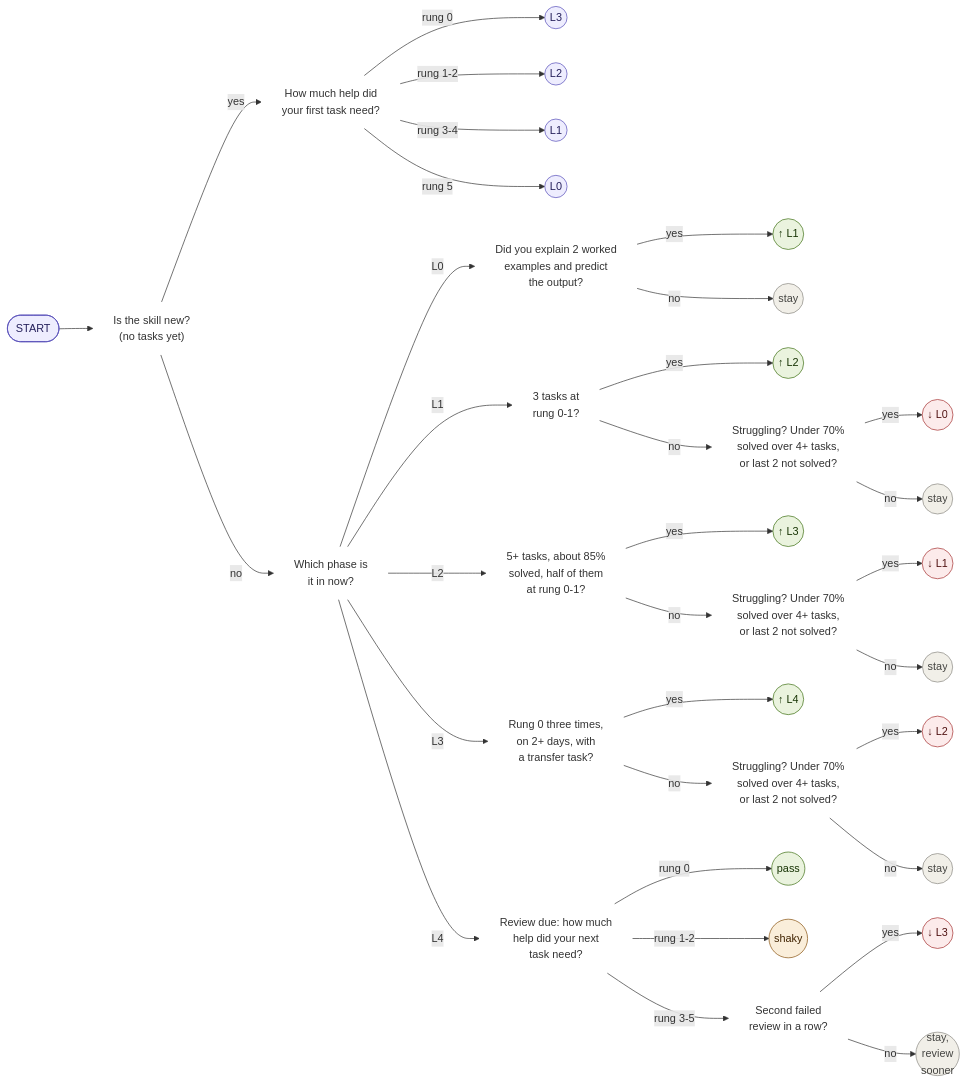
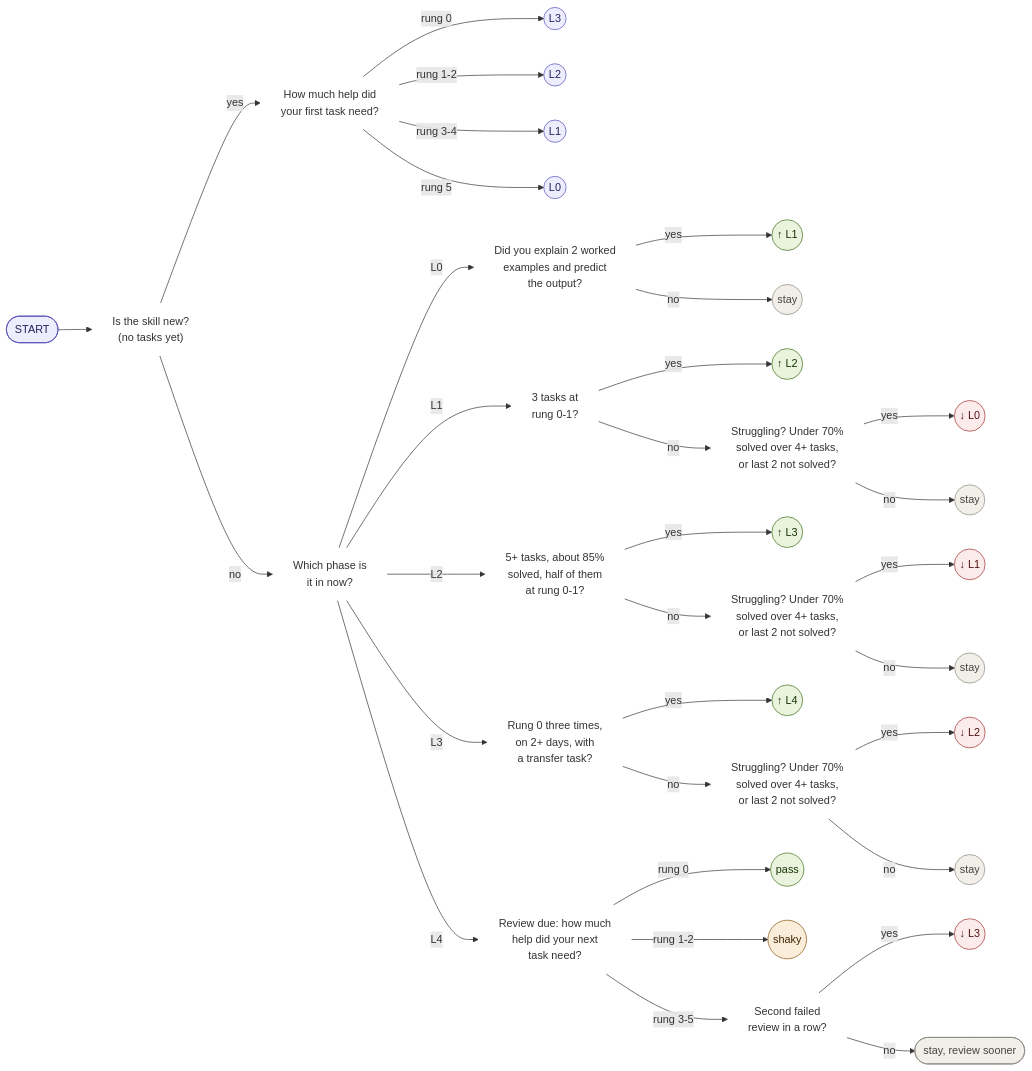
Before and after one commit to piethanegraaf/piethanegraaf.github.io: the second of 3 diagrams in docs/en/how-it-works.md, drawn with Mermaid. The commit also changed other lines of this file and 1 other file, not shown here.

````diff
--- a/docs/en/how-it-works.md
+++ b/docs/en/how-it-works.md
@@ -94,46 +94,46 @@
 ```mermaid
 flowchart LR
   START(["START"]) --> Q0["Is the skill new?<br/>(no tasks yet)"]
   Q0 -->|" yes "| QP["How much help did<br/>your first task need?"]
   QP -->|" rung 0 "| P3((" L3 "))
   QP -->|" rung 1-2 "| P2((" L2 "))
   QP -->|" rung 3-4 "| P1((" L1 "))
   QP -->|" rung 5 "| P0((" L0 "))
   Q0 -->|" no "| QF["Which phase is<br/>it in now?"]
   QF -->|" L0 "| A0["Did you explain 2 worked<br/>examples and predict<br/>the output?"]
   A0 -->|" yes "| U1((" ↑ L1 "))
   A0 -->|" no "| S0((" stay "))
   QF -->|" L1 "| A1["3 tasks at<br/>rung 0-1?"]
   A1 -->|" yes "| U2((" ↑ L2 "))
   A1 -->|" no "| D1["Struggling? Under 70%<br/>solved over 4+ tasks,<br/>or last 2 not solved?"]
   D1 -->|" yes "| DN0((" ↓ L0 "))
   D1 -->|" no "| S1((" stay "))
   QF -->|" L2 "| A2["5+ tasks, about 85%<br/>solved, half of them<br/>at rung 0-1?"]
   A2 -->|" yes "| U3((" ↑ L3 "))
   A2 -->|" no "| D2["Struggling? Under 70%<br/>solved over 4+ tasks,<br/>or last 2 not solved?"]
   D2 -->|" yes "| DN1((" ↓ L1 "))
   D2 -->|" no "| S2((" stay "))
   QF -->|" L3 "| A3["Rung 0 three times,<br/>on 2+ days, with<br/>a transfer task?"]
   A3 -->|" yes "| U4((" ↑ L4 "))
   A3 -->|" no "| D3["Struggling? Under 70%<br/>solved over 4+ tasks,<br/>or last 2 not solved?"]
   D3 -->|" yes "| DN2((" ↓ L2 "))
   D3 -->|" no "| S3((" stay "))
   QF -->|" L4 "| A4["Review due: how much<br/>help did your next<br/>task need?"]
   A4 -->|" rung 0 "| PASS((" pass "))
   A4 -->|" rung 1-2 "| SHAKY((" shaky "))
   A4 -->|" rung 3-5 "| F["Second failed<br/>review in a row?"]
   F -->|" yes "| DN3((" ↓ L3 "))
-  F -->|" no "| S4((" stay,<br/>review<br/>sooner "))
+  F -->|" no "| S4([" stay, review sooner "])
   classDef q fill:transparent,stroke:transparent
   classDef place fill:#EEEDFE,stroke:#534AB7,color:#26215C
   classDef up fill:#EAF3DE,stroke:#3B6D11,color:#173404
   classDef down fill:#FCEBEB,stroke:#A32D2D,color:#501313
   classDef stay fill:#F1EFE8,stroke:#888780,color:#444441
   classDef shaky fill:#FAEEDA,stroke:#854F0B,color:#412402
   class Q0,QP,QF,A0,A1,A2,A3,A4,D1,D2,D3,F q
   class START,P0,P1,P2,P3 place
   class U1,U2,U3,U4,PASS up
   class DN0,DN1,DN2,DN3 down
   class S0,S1,S2,S3,S4 stay
   class SHAKY shaky
 ```
````
